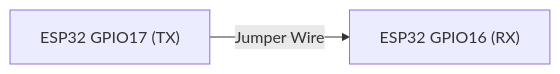
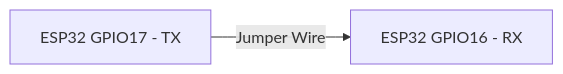
Before and after one commit to bertaldearias/BCA188-Laboratory-8: the first of 3 diagrams in README.md, drawn with Mermaid. The commit also changed other lines of this file, not shown here.

````diff
--- a/README.md
+++ b/README.md
@@ -106,4 +90,4 @@
 ```mermaid
 flowchart LR
-    A["ESP32 GPIO17 (TX)"] -->|"Jumper Wire"| B["ESP32 GPIO16 (RX)"]
+    TX["ESP32 GPIO17 - TX"] -->|"Jumper Wire"| RX["ESP32 GPIO16 - RX"]
 ```
````
